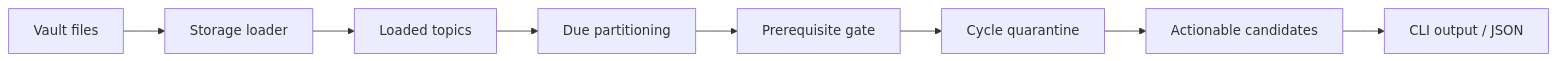
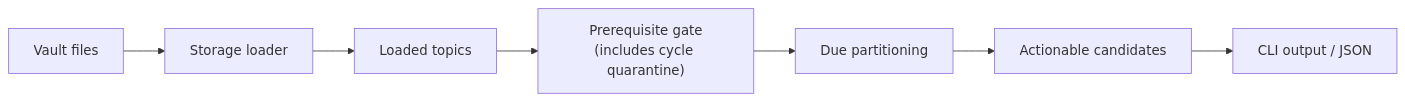
One commit to Kuldeep2822k/palee-architecture changed the fifth of 9 diagrams in Application Layer/Next Topics Recommendation.md. Above: the diagram before and after it, drawn with Mermaid. The commit also changed other lines of this file and 6 other files, not shown here.

````diff
--- a/Application Layer/Next Topics Recommendation.md
+++ b/Application Layer/Next Topics Recommendation.md
@@ -189,10 +189,9 @@
 ```mermaid
 graph LR
     Vault["Vault files"] --> Loader["Storage loader"]
     Loader --> Normalized["Loaded topics"]
-    Normalized --> Partitioner["Due partitioning"]
-    Partitioner --> Gater["Prerequisite gate"]
-    Gater --> Quarantine["Cycle quarantine"]
-    Quarantine --> Candidates["Actionable candidates"]
+    Normalized --> Gater["Prerequisite gate<br/>(includes cycle quarantine)"]
+    Gater --> Partitioner["Due partitioning"]
+    Partitioner --> Candidates["Actionable candidates"]
     Candidates --> Output["CLI output / JSON"]
 ```
````
